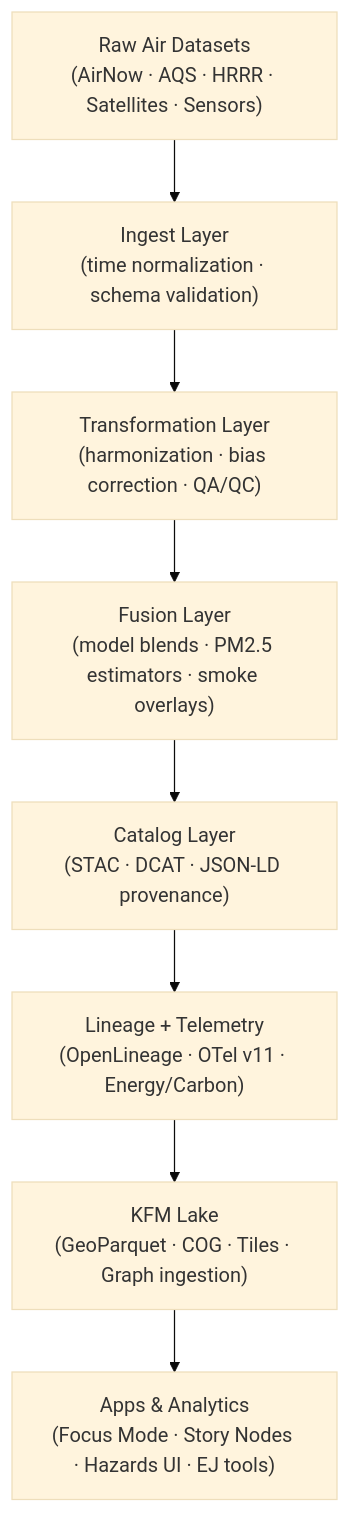
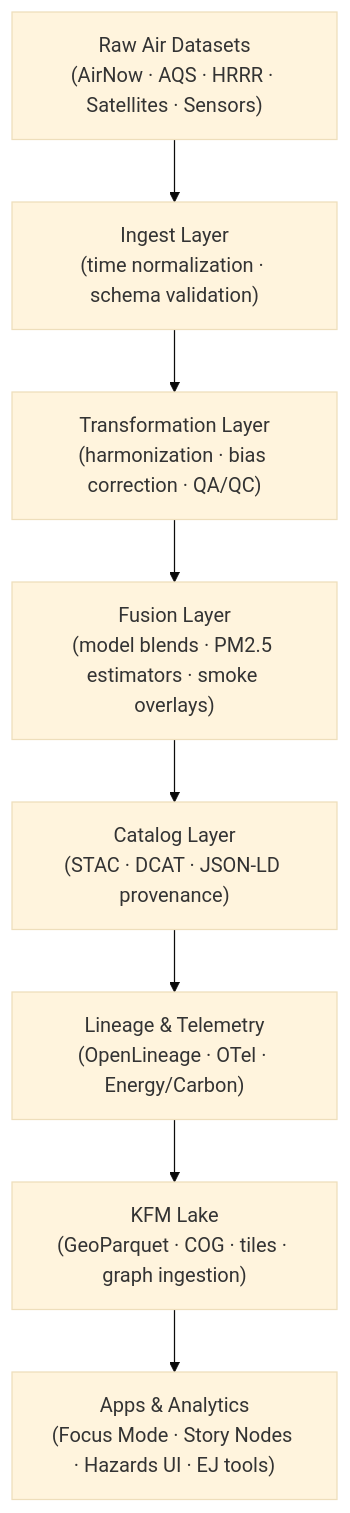
One commit to bartytime4life/Kansas-Frontier-Matrix changed the diagram in docs/pipelines/air/README.md. Above: the diagram before and after it, drawn with Mermaid (base theme). The commit also changed other lines of this file, not shown here.

````diff
--- a/docs/pipelines/air/README.md
+++ b/docs/pipelines/air/README.md
@@ -120,17 +181,17 @@
 ```mermaid
 flowchart TD
     A["Raw Air Datasets\n(AirNow · AQS · HRRR · Satellites · Sensors)"]
         --> B["Ingest Layer\n(time normalization · schema validation)"]
 
     B --> C["Transformation Layer\n(harmonization · bias correction · QA/QC)"]
 
     C --> D["Fusion Layer\n(model blends · PM2.5 estimators · smoke overlays)"]
 
     D --> E["Catalog Layer\n(STAC · DCAT · JSON-LD provenance)"]
 
-    E --> F["Lineage + Telemetry\n(OpenLineage · OTel v11 · Energy/Carbon)"]
+    E --> F["Lineage & Telemetry\n(OpenLineage · OTel · Energy/Carbon)"]
 
-    F --> G["KFM Lake\n(GeoParquet · COG · Tiles · Graph ingestion)"]
+    F --> G["KFM Lake\n(GeoParquet · COG · tiles · graph ingestion)"]
 
     G --> H["Apps & Analytics\n(Focus Mode · Story Nodes · Hazards UI · EJ tools)"]
 ```
````
